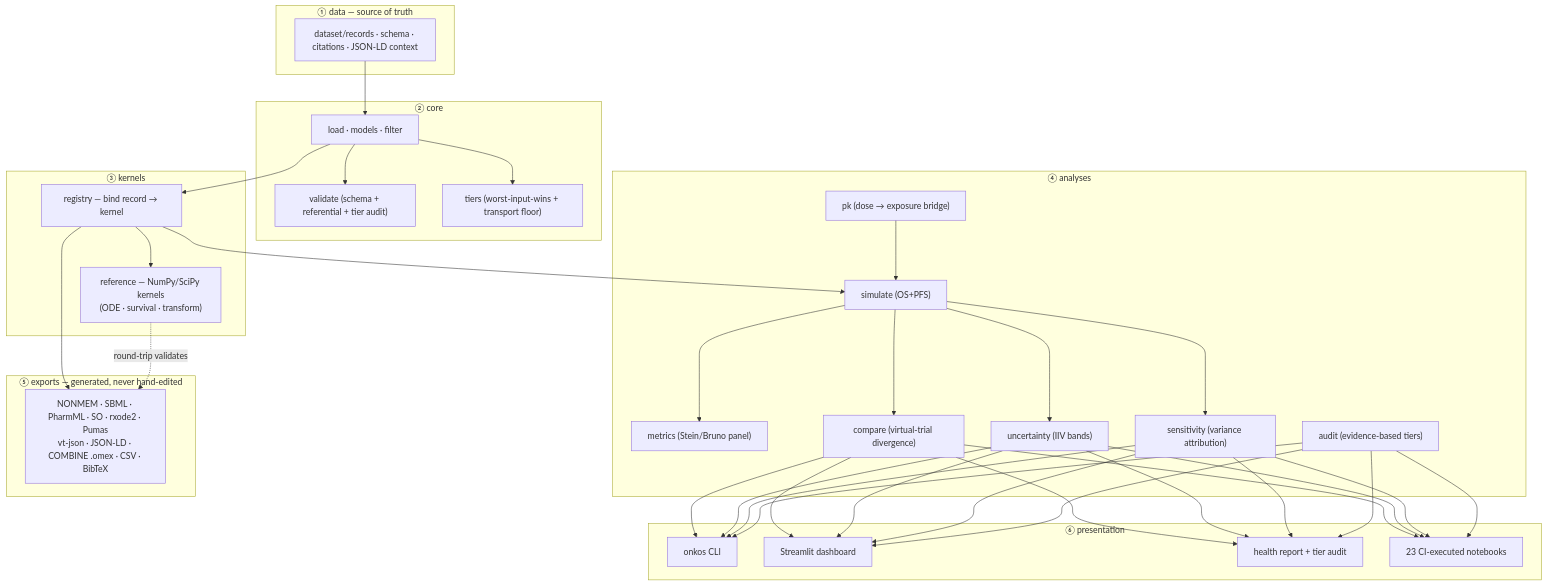
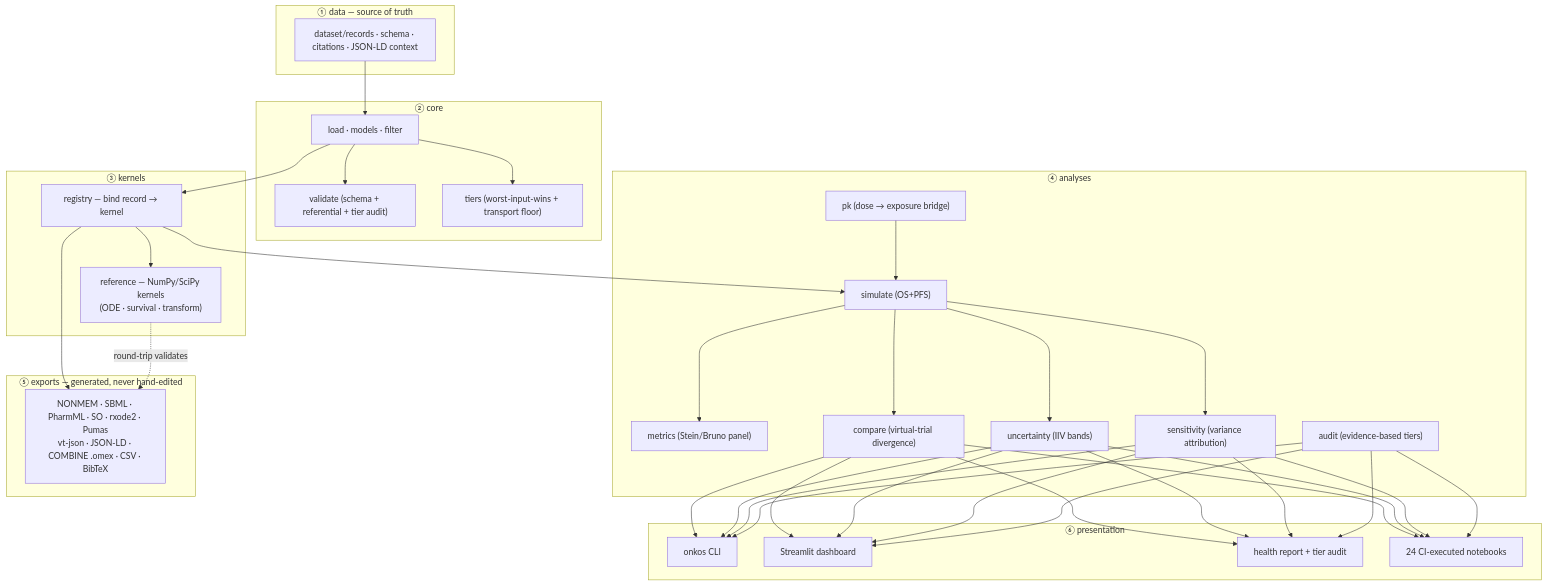
Before and after one commit to clay-good/onkos: the first of 2 diagrams in README.md, drawn with Mermaid. The commit also changed other lines of this file and 15 other files, not shown here.

````diff
--- a/README.md
+++ b/README.md
@@ -1193,41 +1245,41 @@
 ```mermaid
 flowchart TD
     subgraph data["① data — source of truth"]
         DS["dataset/records · schema · citations · JSON-LD context"]
     end
     subgraph core["② core"]
         LOAD["load · models · filter"]
         VAL["validate (schema + referential + tier audit)"]
         TIER["tiers (worst-input-wins + transport floor)"]
     end
     subgraph kern["③ kernels"]
         REG["registry — bind record → kernel"]
         REF["reference — NumPy/SciPy kernels<br/>(ODE · survival · transform)"]
     end
     subgraph ana["④ analyses"]
         SIM["simulate (OS+PFS)"]
         MET["metrics (Stein/Bruno panel)"]
         PKM["pk (dose → exposure bridge)"]
         CMP["compare (virtual-trial divergence)"]
         UNC["uncertainty (IIV bands)"]
         SEN["sensitivity (variance attribution)"]
         AUD["audit (evidence-based tiers)"]
     end
     subgraph exp["⑤ exports — generated, never hand-edited"]
         EXP["NONMEM · SBML · PharmML · SO · rxode2 · Pumas<br/>vt-json · JSON-LD · COMBINE .omex · CSV · BibTeX"]
     end
     subgraph pres["⑥ presentation"]
         CLI["onkos CLI"]
         DASH["Streamlit dashboard"]
         REP["health report + tier audit"]
-        NB["23 CI-executed notebooks"]
+        NB["24 CI-executed notebooks"]
     end
     DS --> LOAD --> REG --> REF
     LOAD --> VAL & TIER
     REG --> SIM --> CMP
     PKM --> SIM
     SIM --> MET & UNC & SEN
     CMP & UNC & SEN & AUD --> CLI & DASH & REP & NB
     REG --> EXP
     REF -. "round-trip validates" .-> EXP
 ```
````
